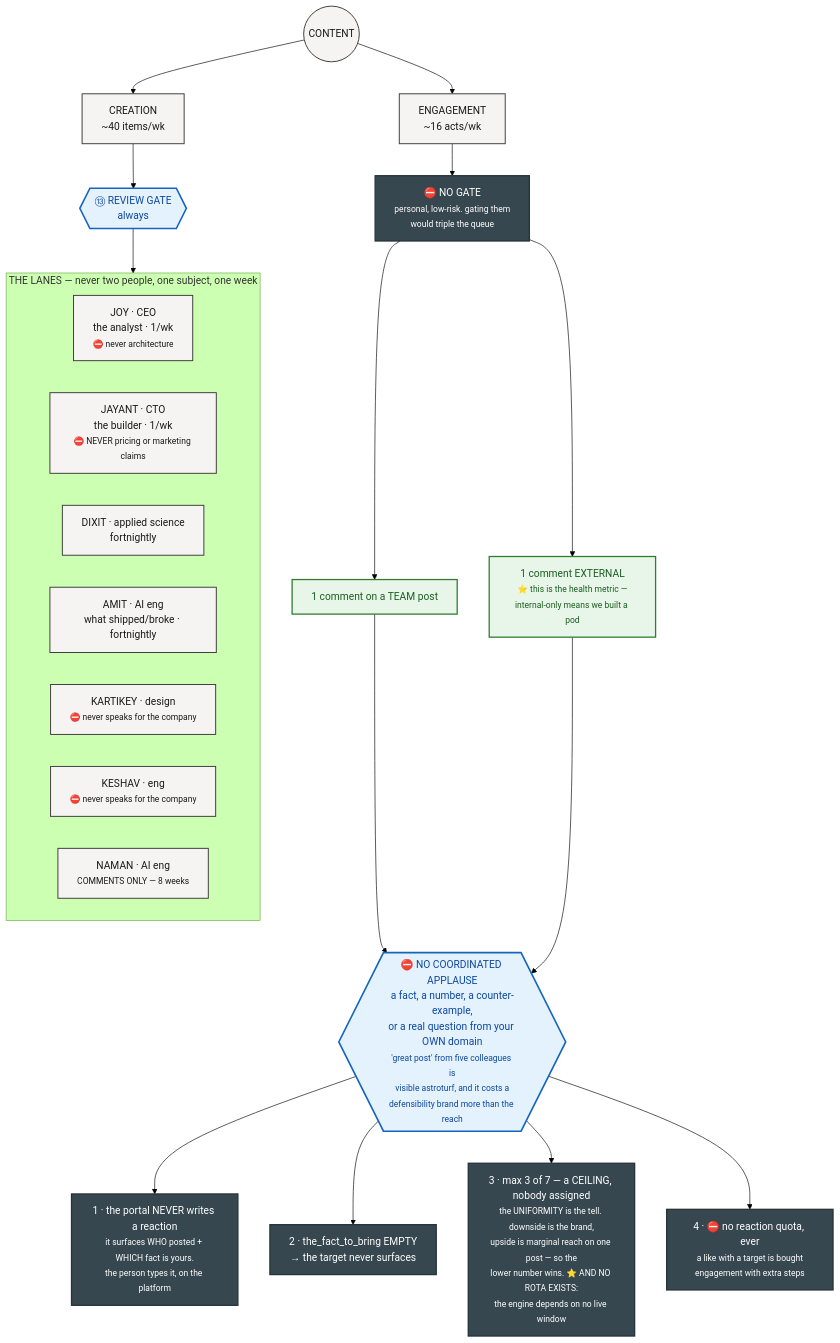
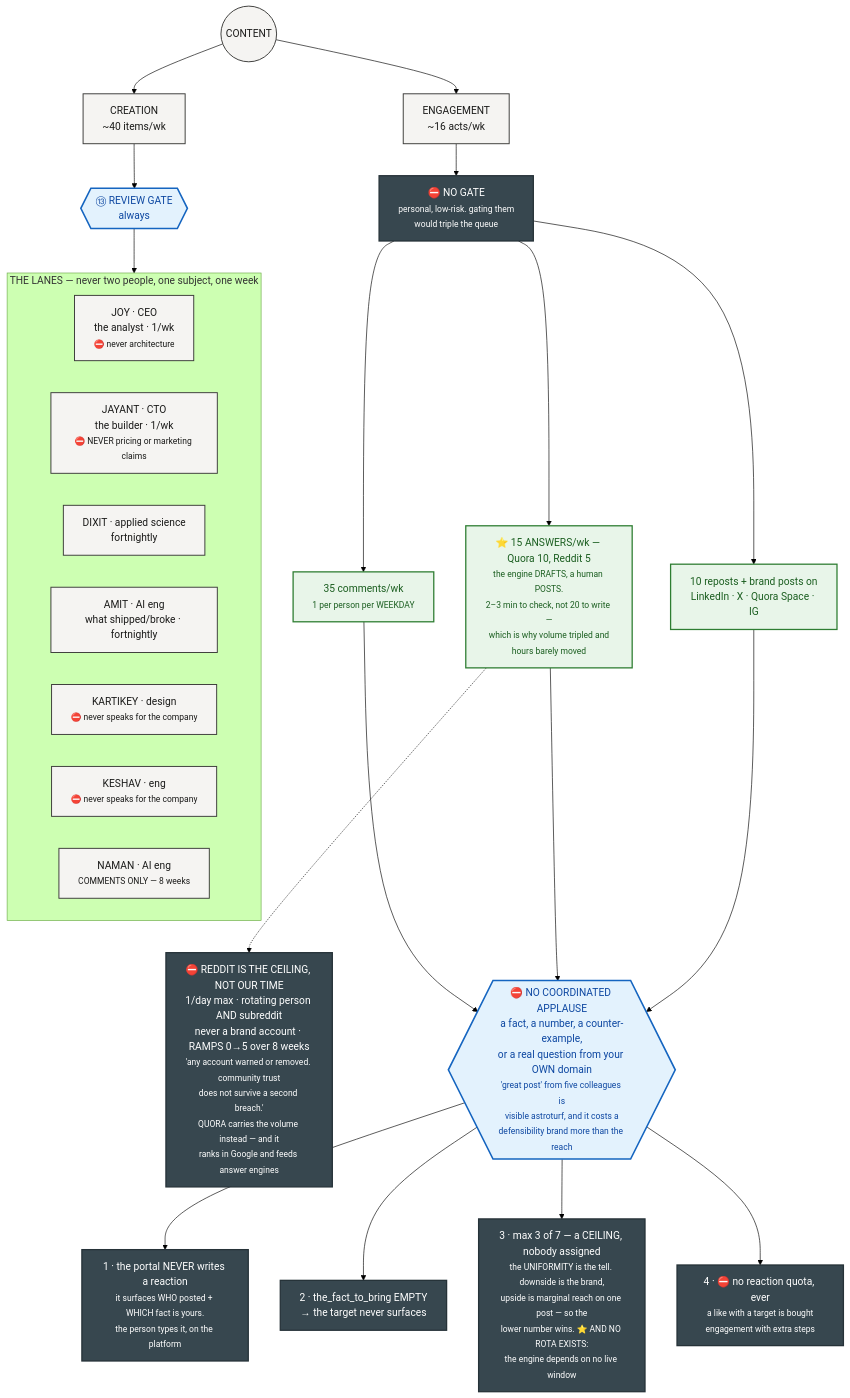
Diagram 17 of 21 in docs/gtm/content-engine-flowchart.md (rathishreya/Caspr), drawn with Mermaid (forest theme) before and after one commit. The commit also changed 2 other files, not shown here.

````diff
--- a/docs/gtm/content-engine-flowchart.md
+++ b/docs/gtm/content-engine-flowchart.md
@@ -896,43 +896,47 @@
 ```mermaid
 flowchart TD
     ENG(("CONTENT"))
     ENG --> CR["CREATION<br/>~40 items/wk"]
     ENG --> EG["ENGAGEMENT<br/>~16 acts/wk"]
 
     CR --> GATE{{"⑬ REVIEW GATE<br/>always"}}
     EG --> NOGATE["⛔ NO GATE<br/><small>personal, low-risk. gating them<br/>would triple the queue</small>"]
 
     GATE --> LANES
 
     subgraph LANES["THE LANES — never two people, one subject, one week"]
         J["JOY · CEO<br/>the analyst · 1/wk<br/><small>⛔ never architecture</small>"]
         JY["JAYANT · CTO<br/>the builder · 1/wk<br/><small>⛔ NEVER pricing or marketing claims</small>"]
         DX["DIXIT · applied science<br/>fortnightly"]
         AM["AMIT · AI eng<br/>what shipped/broke · fortnightly"]
         KT["KARTIKEY · design<br/><small>⛔ never speaks for the company</small>"]
         KS["KESHAV · eng<br/><small>⛔ never speaks for the company</small>"]
         NM["NAMAN · AI eng<br/><small>COMMENTS ONLY — 8 weeks</small>"]
     end
 
-    NOGATE --> C1["1 comment on a TEAM post"]
-    NOGATE --> C2["1 comment EXTERNAL<br/><small>⭐ this is the health metric —<br/>internal-only means we built a pod</small>"]
+    NOGATE --> C1["35 comments/wk<br/><small>1 per person per WEEKDAY</small>"]
+    NOGATE --> C2["⭐ 15 ANSWERS/wk — Quora 10, Reddit 5<br/><small>the engine DRAFTS, a human POSTS.<br/>2–3 min to check, not 20 to write —<br/>which is why volume tripled and<br/>hours barely moved</small>"]
+    NOGATE --> C3["10 reposts + brand posts on<br/>LinkedIn · X · Quora Space · IG"]
+    CAP["⛔ REDDIT IS THE CEILING, NOT OUR TIME<br/>1/day max · rotating person AND subreddit<br/>never a brand account · RAMPS 0→5 over 8 weeks<br/><small>'any account warned or removed. community trust<br/>does not survive a second breach.'<br/>QUORA carries the volume instead — and it<br/>ranks in Google and feeds answer engines</small>"]
+    C2 -.-> CAP
 
     C1 --> RULE
     C2 --> RULE
+    C3 --> RULE
 
     RULE{{"⛔ NO COORDINATED APPLAUSE<br/>a fact, a number, a counter-example,<br/>or a real question from your OWN domain<br/><small>'great post' from five colleagues is<br/>visible astroturf, and it costs a<br/>defensibility brand more than the reach</small>"}}
 
     RULE --> G1["1 · the portal NEVER writes a reaction<br/><small>it surfaces WHO posted + WHICH fact is yours.<br/>the person types it, on the platform</small>"]
     RULE --> G2["2 · the_fact_to_bring EMPTY<br/>→ the target never surfaces"]
     RULE --> G3["3 · max 3 of 7 — a CEILING, nobody assigned<br/><small>the UNIFORMITY is the tell. downside is the brand,<br/>upside is marginal reach on one post — so the<br/>lower number wins. ⭐ AND NO ROTA EXISTS:<br/>the engine depends on no live window</small>"]
     RULE --> G4["4 · ⛔ no reaction quota, ever<br/><small>a like with a target is bought<br/>engagement with extra steps</small>"]
 
     classDef mach fill:#f5f4f2,stroke:#3c3c3a,stroke-width:1.5px,color:#1a1a19
     classDef hum fill:#e3f2fd,stroke:#1565c0,stroke-width:2.5px,color:#0d47a1
     classDef stop fill:#37474f,stroke:#263238,stroke-width:2px,color:#ffffff
     classDef good fill:#e8f5e9,stroke:#2e7d32,stroke-width:2px,color:#1b5e20
     class ENG,CR,EG,J,JY,DX,AM,KT,KS,NM mach
     class GATE,RULE hum
-    class NOGATE,G1,G2,G3,G4 stop
-    class C1,C2 good
+    class NOGATE,G1,G2,G3,G4,CAP stop
+    class C1,C2,C3 good
 ```
````
